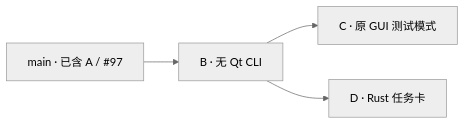
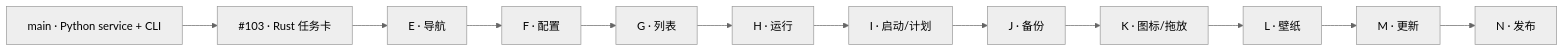
Before and after one commit to LevelDownRefine/OneDragon-Helper: the diagram in docs/rust-feasibility/migration-plan.md, drawn with Mermaid (neutral theme). The commit also changed other lines of this file and 4 other files, not shown here.

Commit message:
fix(gui): follow main CLI write acknowledgements

````diff
--- a/docs/rust-feasibility/migration-plan.md
+++ b/docs/rust-feasibility/migration-plan.md
@@ -53,6 +46,7 @@
 ```mermaid
 flowchart LR
-    M["main · 已含 A / #97"] --> B["B · 无 Qt CLI"]
-    B --> C["C · 原 GUI 测试模式"]
-    B --> D["D · Rust 任务卡"]
+    M["main · Python service + CLI"] --> D["#103 · Rust 任务卡"]
+    D --> E["E · 导航"] --> F["F · 配置"] --> G["G · 列表"]
+    G --> H["H · 运行"] --> I["I · 启动/计划"] --> J["J · 备份"]
+    J --> K["K · 图标/拖放"] --> L["L · 壁纸"] --> U["M · 更新"] --> N["N · 发布"]
 ```
````
